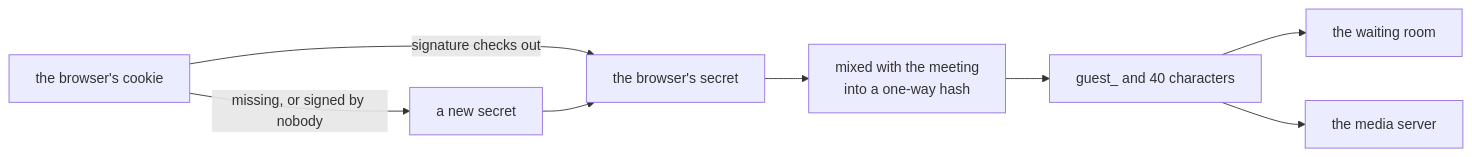
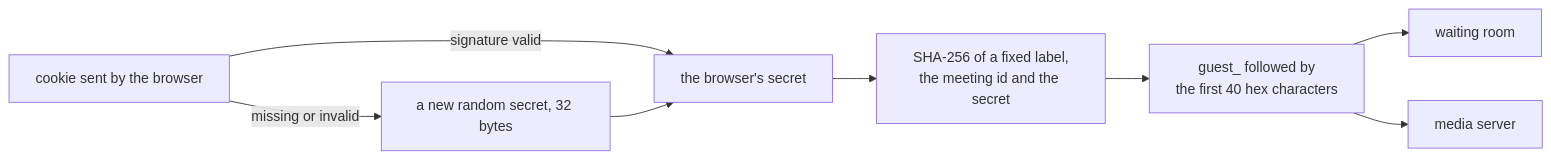
One commit to davd-gzl/agent-artifact changed the diagram in meet/guest-identities/overview.md. Above: the diagram before and after it, drawn with Mermaid. The commit also changed other lines of this file, not shown here.

Commit message:
meet: guest identities overview, self-contained for a reader new to the PR

````diff
--- a/meet/guest-identities/overview.md
+++ b/meet/guest-identities/overview.md
@@ -45,10 +52,10 @@
 ```mermaid
 flowchart LR
-    A["the browser's cookie"] -->|"signature checks out"| B["the browser's secret"]
-    A -->|"missing, or signed by nobody"| C["a new secret"]
+    A["cookie sent by the browser"] -->|"signature valid"| B["the browser's secret"]
+    A -->|"missing or invalid"| C["a new random secret, 32 bytes"]
     C --> B
-    B --> D["mixed with the meeting<br/>into a one-way hash"]
-    D --> E["guest_ and 40 characters"]
-    E --> F["the waiting room"]
-    E --> G["the media server"]
+    B --> D["SHA-256 of a fixed label,<br/>the meeting id and the secret"]
+    D --> E["guest_ followed by<br/>the first 40 hex characters"]
+    E --> F["waiting room"]
+    E --> G["media server"]
 ```
````
